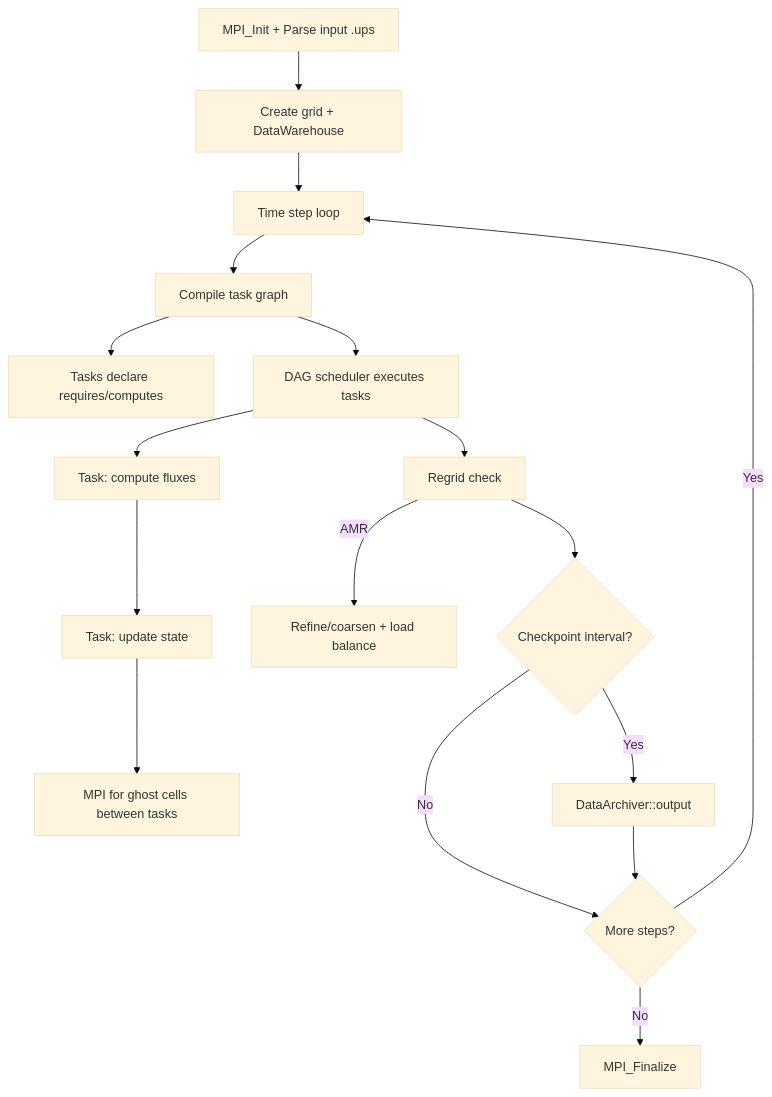
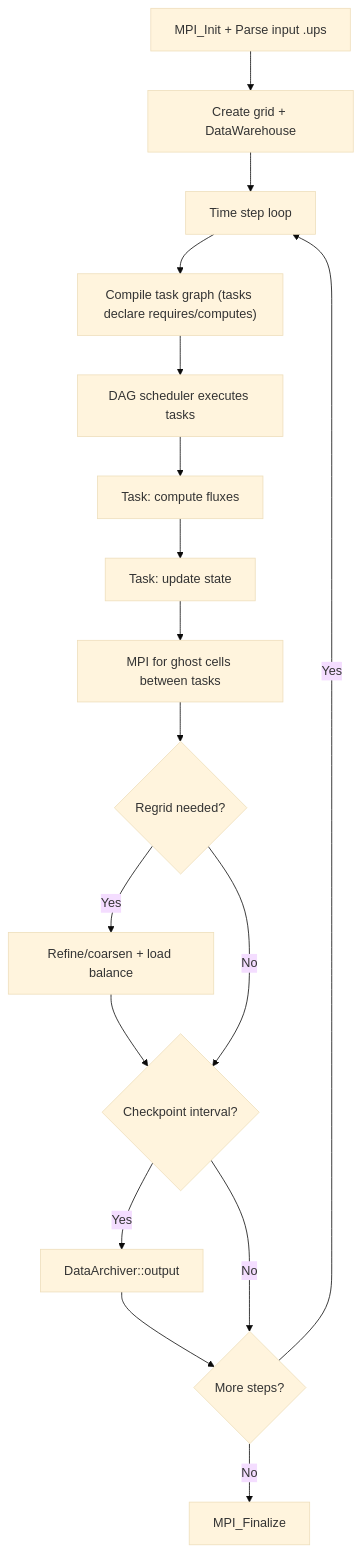
One commit to ngduchai/guard-agent changed the diagram in tests/apps/docs/Uintah/computation_flow.md. Above: the diagram before and after it, drawn with Mermaid (base theme). The commit also changed other lines of this file and 19 other files, not shown here.

First line of the commit message:
docs: fix all computation flow diagrams and add output comparison guide

````diff
--- a/tests/apps/docs/Uintah/computation_flow.md
+++ b/tests/apps/docs/Uintah/computation_flow.md
@@ -7,19 +8,19 @@
 ```mermaid
 flowchart TD
     A[MPI_Init + Parse input .ups] --> B[Create grid + DataWarehouse]
     B --> C[Time step loop]
-    C --> D[Compile task graph]
-    D --> D1[Tasks declare requires/computes]
+    C --> D["Compile task graph (tasks declare requires/computes)"]
     D --> E[DAG scheduler executes tasks]
     E --> E1[Task: compute fluxes]
     E1 --> E2[Task: update state]
-    E2 --> E3[MPI for ghost cells between tasks]
-    E --> F[Regrid check]
-    F -->|AMR| G[Refine/coarsen + load balance]
-    F --> H{Checkpoint interval?}
-    H -->|Yes| I[DataArchiver::output]
-    H -->|No| J{More steps?}
-    I --> J
+    E2 --> E3["MPI for ghost cells between tasks"]
+    E3 --> F{Regrid needed?}
+    F -->|Yes| G["Refine/coarsen + load balance"]
+    G --> H{Checkpoint interval?}
+    F -->|No| H
+    H -->|Yes| I["DataArchiver::output"]
+    I --> J{More steps?}
+    H -->|No| J
     J -->|Yes| C
     J -->|No| K[MPI_Finalize]
 ```
````
